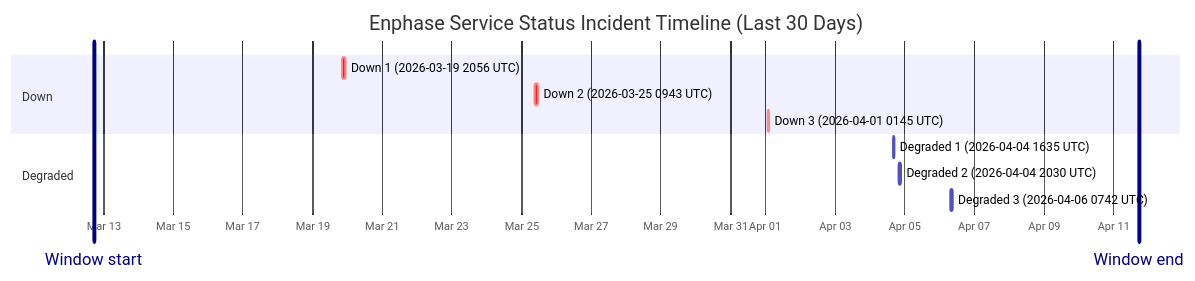
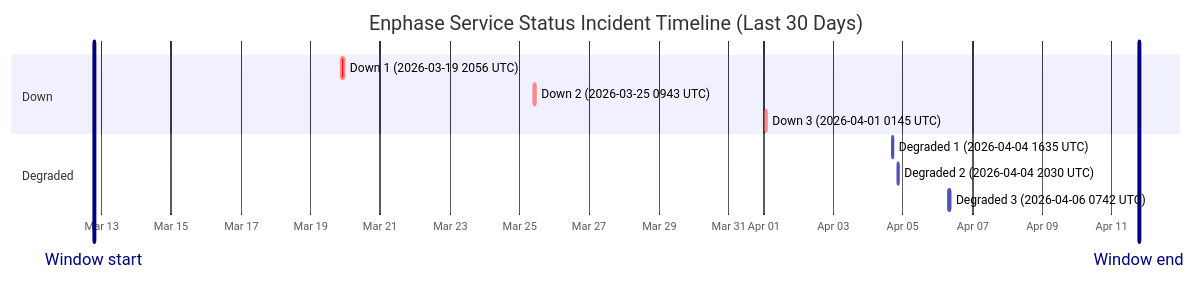
The diagram in wiki/Service-Status-History.md (barneyonline/ha-enphase-ev-charger), drawn with Mermaid before and after one commit. The commit also changed other lines of this file and 3 other files, not shown here.

````diff
--- a/wiki/Service-Status-History.md
+++ b/wiki/Service-Status-History.md
@@ -14,16 +14,16 @@
 ```mermaid
 gantt
     title Enphase Service Status Incident Timeline (Last 30 Days)
     dateFormat  YYYY-MM-DDTHH:mm:ss
     axisFormat  %b %d
-    Window start :vert, window-start, 2026-03-12T17:30:30, 0ms
-    Window end :vert, window-end, 2026-04-11T17:30:30, 0ms
+    Window start :vert, window-start, 2026-03-12T18:43:03, 0ms
+    Window end :vert, window-end, 2026-04-11T18:43:03, 0ms
     section Down
     Down 1 (2026-03-19 2056 UTC) :crit, down-1, 2026-03-19T20:56:20, 145m
     Down 2 (2026-03-25 0943 UTC) :crit, down-2, 2026-03-25T09:43:28, 111m
     Down 3 (2026-04-01 0145 UTC) :crit, down-3, 2026-04-01T01:45:09, 60m
     section Degraded
     Degraded 1 (2026-04-04 1635 UTC) :active, degraded-1, 2026-04-04T16:35:17, 60m
     Degraded 2 (2026-04-04 2030 UTC) :active, degraded-2, 2026-04-04T20:30:40, 60m
     Degraded 3 (2026-04-06 0742 UTC) :active, degraded-3, 2026-04-06T07:42:09, 85m
 ```
````
